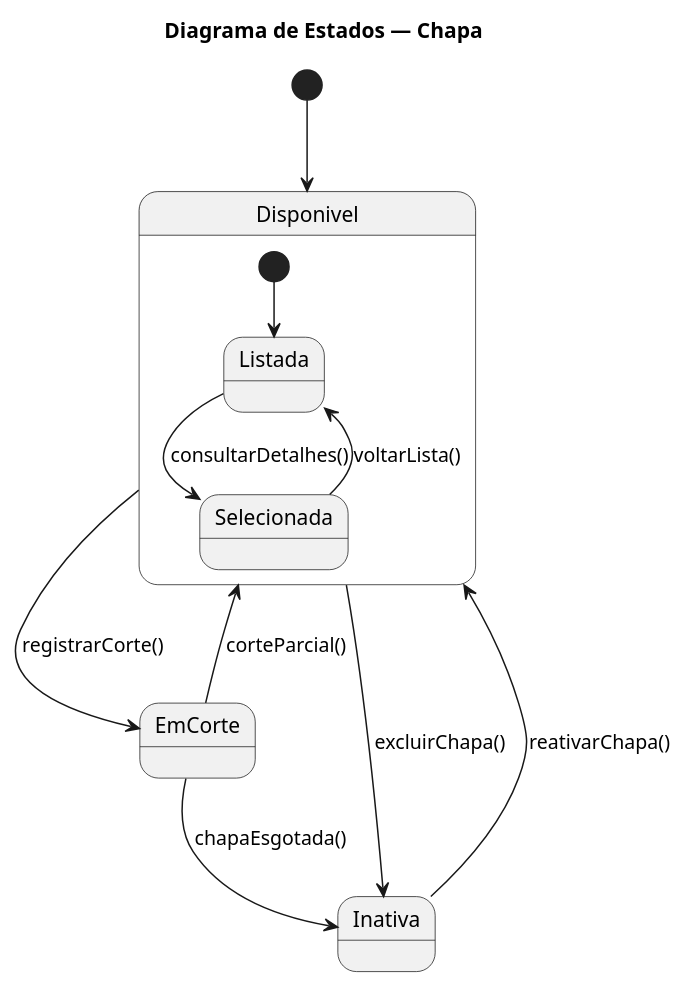
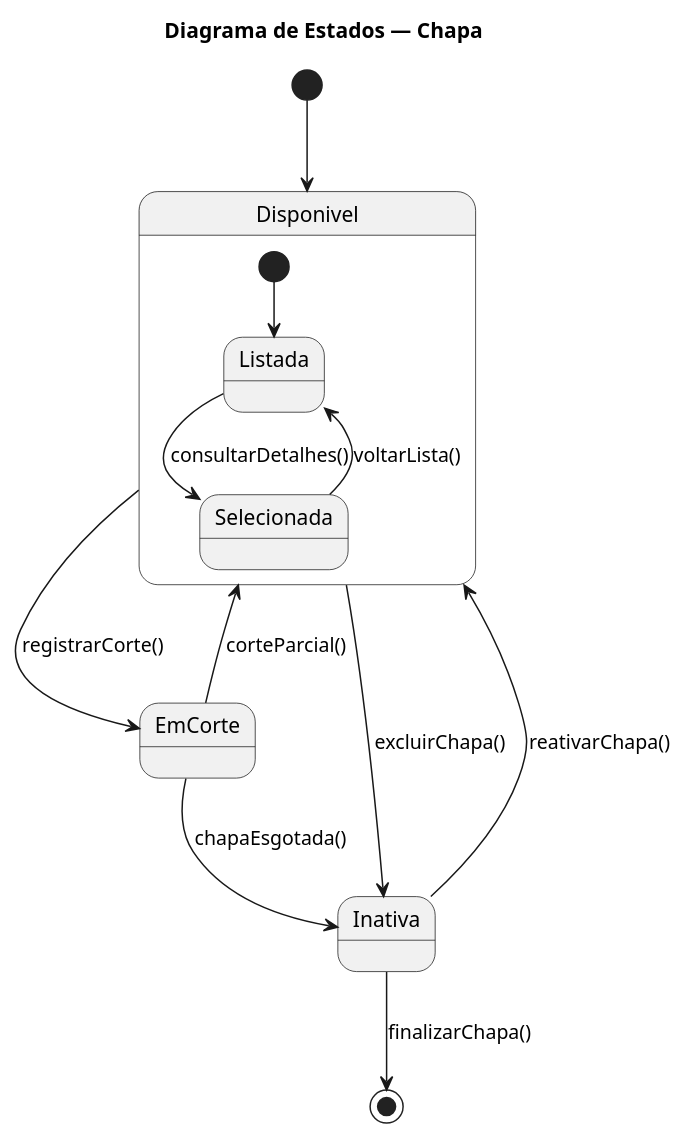
Before and after one commit to WlFerrari/TetusManager: the first of 3 diagrams in DIAGRAMA_ESTADOS.md, drawn with PlantUML. The commit also changed other lines of this file and 3 other files, not shown here.

````diff
--- a/DIAGRAMA_ESTADOS.md
+++ b/DIAGRAMA_ESTADOS.md
@@ -5,20 +5,21 @@
 ```plantuml
 @startuml
 title Diagrama de Estados — Chapa
 [*] --> Disponivel
 
 Disponivel --> EmCorte : registrarCorte()
 EmCorte --> Disponivel : corteParcial()
 EmCorte --> Inativa : chapaEsgotada()
 
 Disponivel --> Inativa : excluirChapa()
 Inativa --> Disponivel : reativarChapa()
+Inativa --> [*] : finalizarChapa()
 
 state Disponivel {
   [*] --> Listada
   Listada --> Selecionada : consultarDetalhes()
   Selecionada --> Listada : voltarLista()
 }
 
 @enduml
 ```
````
